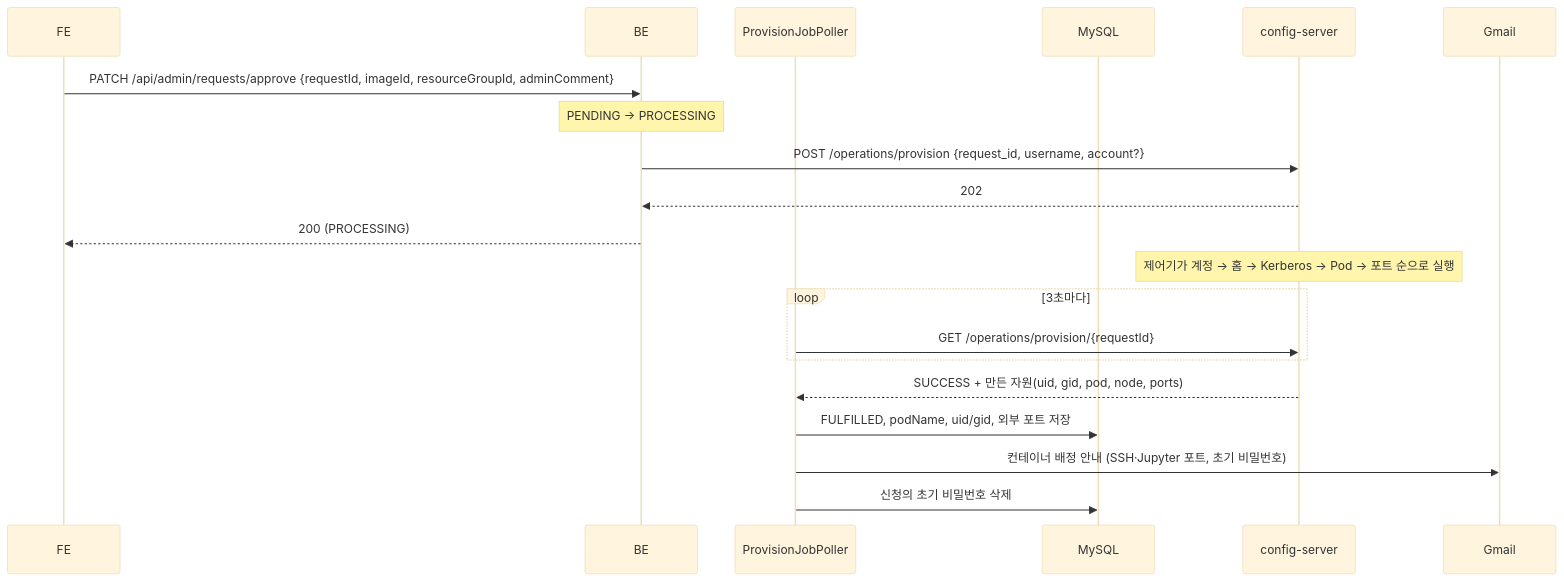
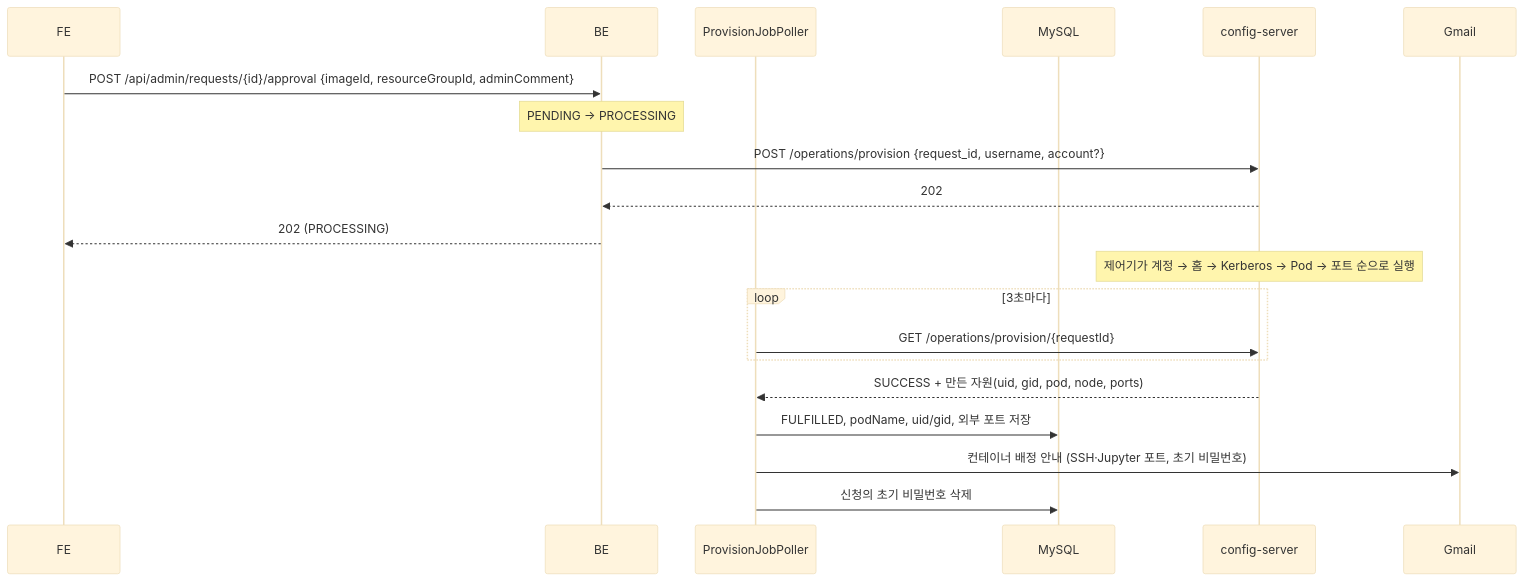
Before and after one commit to CSID-DGU/admin_wiki: the sixth of 16 diagrams in md/backend/시스템-아키텍처.md, drawn with Mermaid (base theme). The commit also changed other lines of this file and 4 other files, not shown here.

````diff
--- a/md/backend/시스템-아키텍처.md
+++ b/md/backend/시스템-아키텍처.md
@@ -123,23 +123,23 @@
 ```mermaid
 sequenceDiagram
     participant FE as FE
     participant BE as BE
     participant Poller as ProvisionJobPoller
     participant MySQL as MySQL
     participant Infra as config-server
     participant Gmail as Gmail
 
-    FE->>BE: PATCH /api/admin/requests/approve {requestId, imageId, resourceGroupId, adminComment}
+    FE->>BE: POST /api/admin/requests/{id}/approval {imageId, resourceGroupId, adminComment}
     Note over BE: PENDING → PROCESSING
     BE->>Infra: POST /operations/provision {request_id, username, account?}
     Infra-->>BE: 202
-    BE-->>FE: 200 (PROCESSING)
+    BE-->>FE: 202 (PROCESSING)
     Note over Infra: 제어기가 계정 → 홈 → Kerberos → Pod → 포트 순으로 실행
     loop 3초마다
         Poller->>Infra: GET /operations/provision/{requestId}
     end
     Infra-->>Poller: SUCCESS + 만든 자원(uid, gid, pod, node, ports)
     Poller->>MySQL: FULFILLED, podName, uid/gid, 외부 포트 저장
     Poller->>Gmail: 컨테이너 배정 안내 (SSH·Jupyter 포트, 초기 비밀번호)
     Poller->>MySQL: 신청의 초기 비밀번호 삭제
 ```
````
